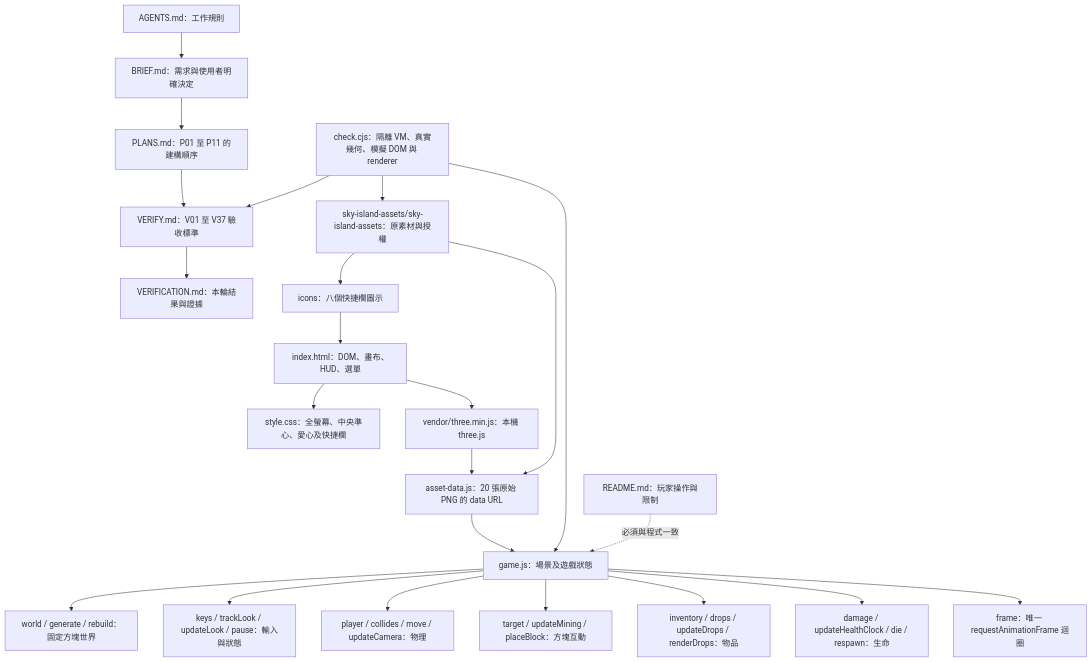
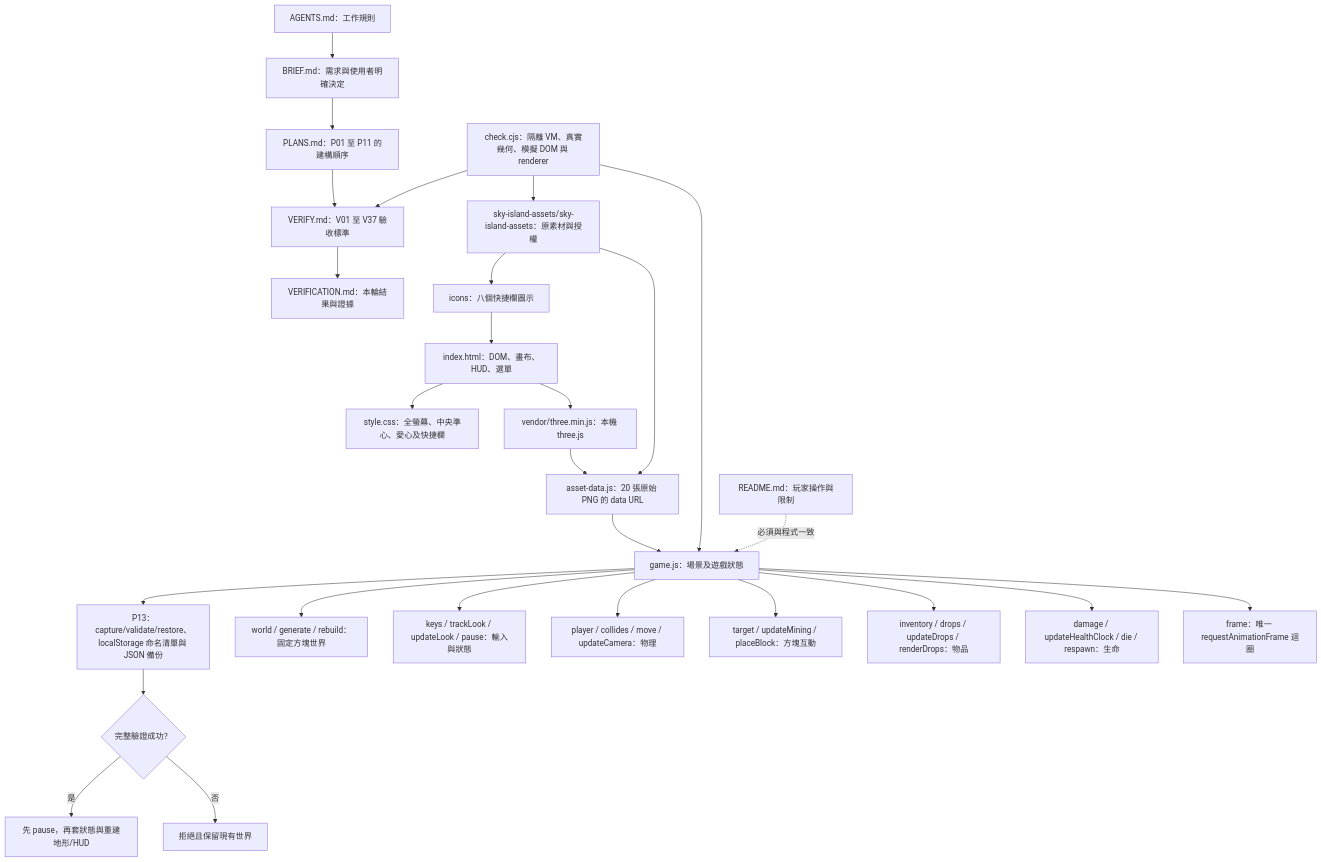
Before and after one commit to Fox9009xoF-Y/1022SkyIsland: the first of 8 diagrams in MERMAID.md, drawn with Mermaid. The commit also changed 4 other files, not shown here.

````diff
--- a/MERMAID.md
+++ b/MERMAID.md
@@ -9,25 +9,29 @@
 ```mermaid
 flowchart TB
   rules["AGENTS.md：工作規則"] --> brief["BRIEF.md：需求與使用者明確決定"]
   brief --> plan["PLANS.md：P01 至 P11 的建構順序"]
   plan --> verify["VERIFY.md：V01 至 V37 驗收標準"]
   verify --> report["VERIFICATION.md：本輪結果與證據"]
   html["index.html：DOM、畫布、HUD、選單"] --> css["style.css：全螢幕、中央準心、愛心及快捷欄"]
   html --> three["vendor/three.min.js：本機 three.js"]
   three --> data["asset-data.js：20 張原始 PNG 的 data URL"]
   data --> game["game.js：場景及遊戲狀態"]
   source["sky-island-assets/sky-island-assets：原素材與授權"] --> data
   source --> icons["icons：八個快捷欄圖示"]
   icons --> html
+  game --> saves["P13：capture/validate/restore、localStorage 命名清單與 JSON 備份"]
+  saves --> validSave{"完整驗證成功？"}
+  validSave -->|是| restore["先 pause，再套狀態與重建地形/HUD"]
+  validSave -->|否| intact["拒絕且保留現有世界"]
   game --> world["world / generate / rebuild：固定方塊世界"]
   game --> control["keys / trackLook / updateLook / pause：輸入與狀態"]
   game --> physics["player / collides / move / updateCamera：物理"]
   game --> interact["target / updateMining / placeBlock：方塊互動"]
   game --> items["inventory / drops / updateDrops / renderDrops：物品"]
   game --> life["damage / updateHealthClock / die / respawn：生命"]
   game --> loop["frame：唯一 requestAnimationFrame 迴圈"]
   tests["check.cjs：隔離 VM、真實幾何、模擬 DOM 與 renderer"] --> game
   tests --> verify
   tests --> source
   readme["README.md：玩家操作與限制"] -. "必須與程式一致" .-> game
 ```
````
